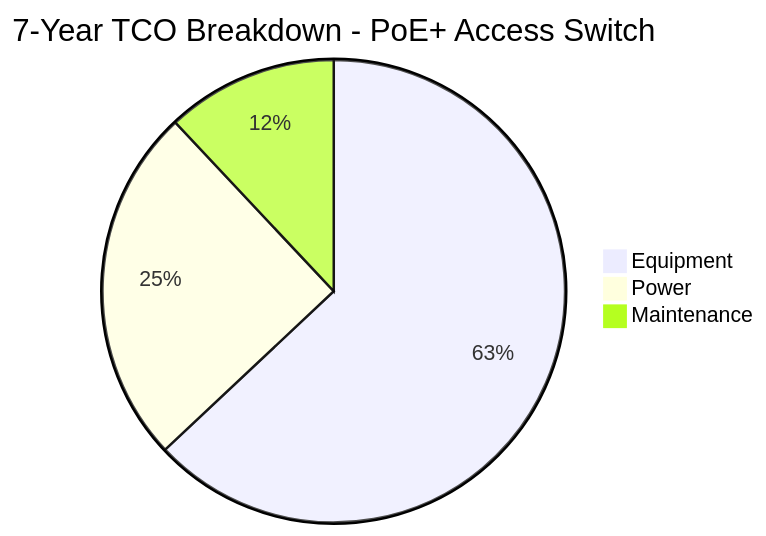
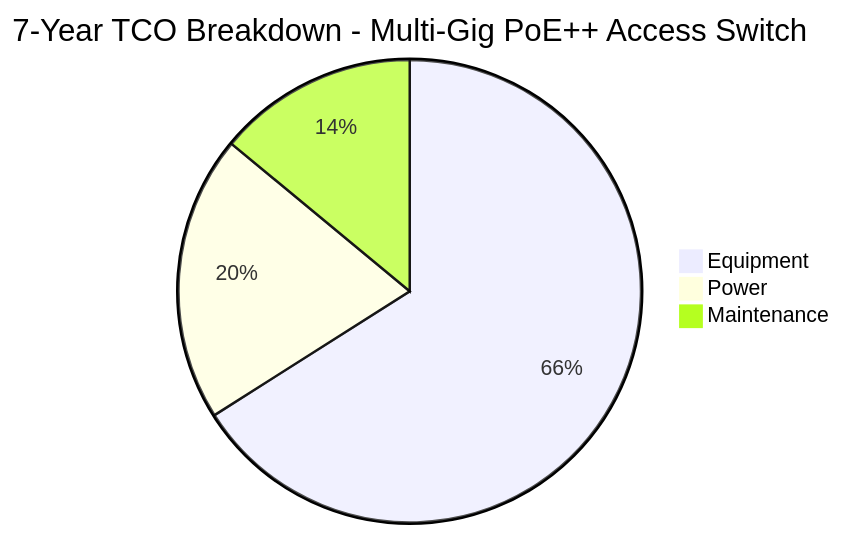
Before and after one commit to NewOrleansITI/networkstandards: the third of 5 diagrams in docs/ethernet/switch-specifications.md, drawn with Mermaid. The commit also changed other lines of this file and 4 other files, not shown here.

````diff
--- a/docs/ethernet/switch-specifications.md
+++ b/docs/ethernet/switch-specifications.md
@@ -174,6 +195,6 @@
 ```mermaid
-pie title 7-Year TCO Breakdown - PoE+ Access Switch
-    "Equipment" : 63
-    "Power" : 25
-    "Maintenance" : 12
+pie title 7-Year TCO Breakdown - Multi-Gig PoE++ Access Switch
+    "Equipment" : 66
+    "Power" : 20
+    "Maintenance" : 14
 ```
````
